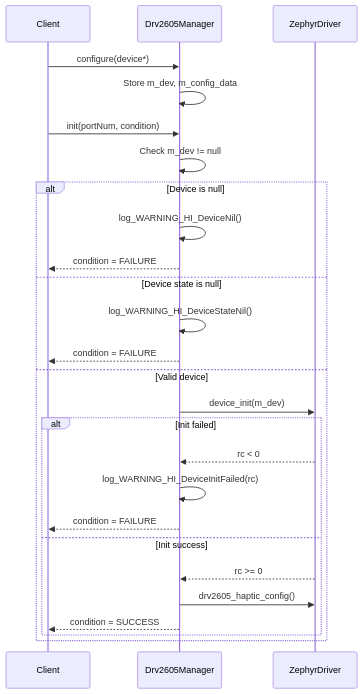
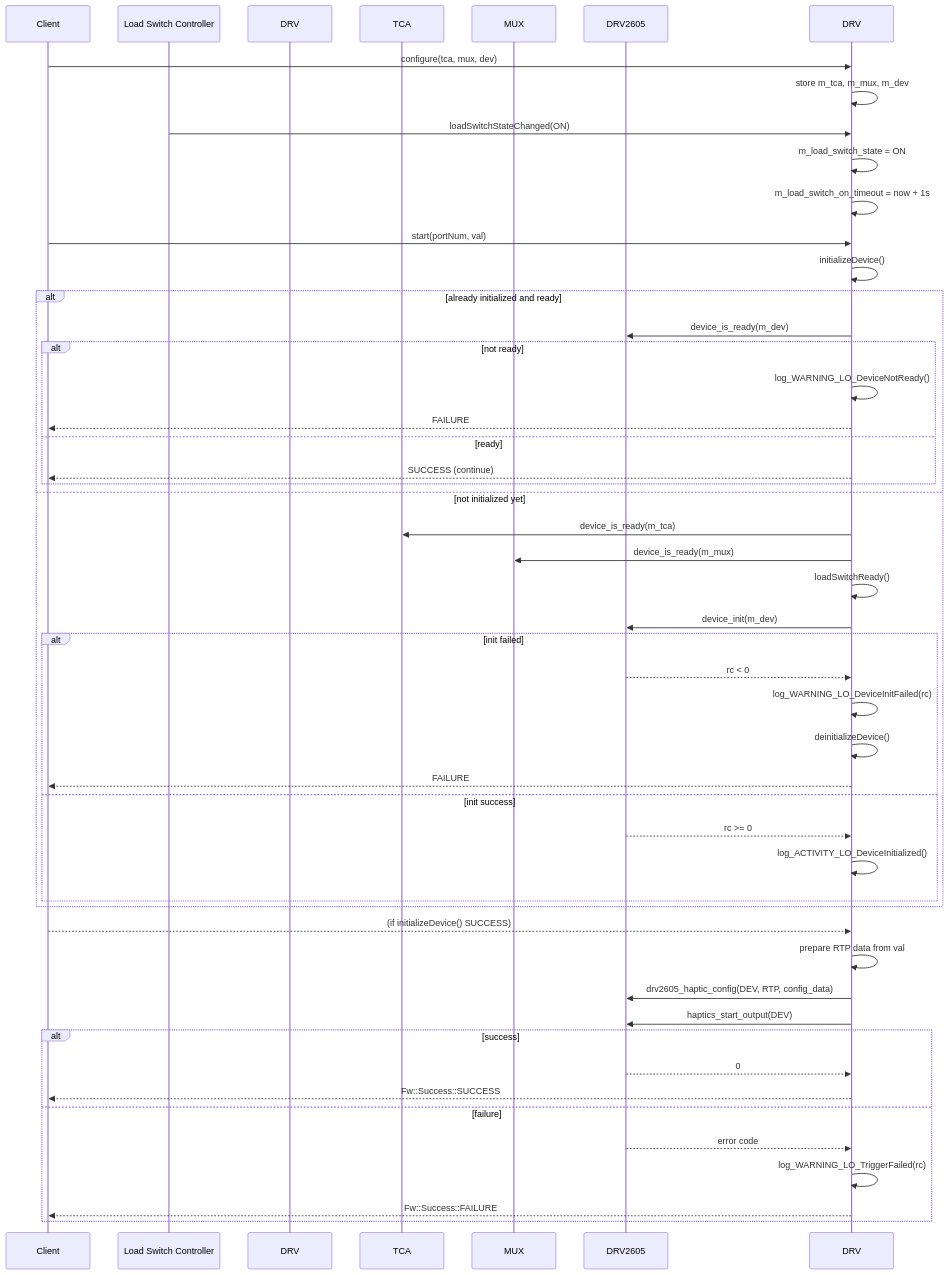
One commit to Open-Source-Space-Foundation/proves-core-reference changed the third of 4 diagrams in FprimeZephyrReference/Components/Drv/Drv2605Manager/docs/sdd.md. Above: the diagram before and after it, drawn with Mermaid. The commit also changed other lines of this file and 4 other files, not shown here.

````diff
--- a/FprimeZephyrReference/Components/Drv/Drv2605Manager/docs/sdd.md
+++ b/FprimeZephyrReference/Components/Drv/Drv2605Manager/docs/sdd.md
@@ -69,30 +101,55 @@
 ```mermaid
 sequenceDiagram
-    participant Client
-    participant Drv2605Manager
-    participant ZephyrDriver
+    participant App as Client
+    participant LS as Load Switch Controller
+    participant Drv2605Manager as DRV
+    participant TCA
+    participant MUX
+    participant Dev as DRV2605
 
-    Client->>Drv2605Manager: configure(device*)
-    Drv2605Manager->>Drv2605Manager: Store m_dev, m_config_data
+    App->>DRV: configure(tca, mux, dev)
+    DRV->>DRV: store m_tca, m_mux, m_dev
 
-    Client->>Drv2605Manager: init(portNum, condition)
-    Drv2605Manager->>Drv2605Manager: Check m_dev != null
-    alt Device is null
-        Drv2605Manager->>Drv2605Manager: log_WARNING_HI_DeviceNil()
-        Drv2605Manager-->>Client: condition = FAILURE
-    else Device state is null
-        Drv2605Manager->>Drv2605Manager: log_WARNING_HI_DeviceStateNil()
-        Drv2605Manager-->>Client: condition = FAILURE
-    else Valid device
-        Drv2605Manager->>ZephyrDriver: device_init(m_dev)
-        alt Init failed
-            ZephyrDriver-->>Drv2605Manager: rc < 0
-            Drv2605Manager->>Drv2605Manager: log_WARNING_HI_DeviceInitFailed(rc)
-            Drv2605Manager-->>Client: condition = FAILURE
-        else Init success
-            ZephyrDriver-->>Drv2605Manager: rc >= 0
-            Drv2605Manager->>ZephyrDriver: drv2605_haptic_config()
-            Drv2605Manager-->>Client: condition = SUCCESS
+    LS->>DRV: loadSwitchStateChanged(ON)
+    DRV->>DRV: m_load_switch_state = ON
+    DRV->>DRV: m_load_switch_on_timeout = now + 1s
+
+    App->>DRV: start(portNum, val)
+    DRV->>DRV: initializeDevice()
+    alt already initialized and ready
+        DRV->>Dev: device_is_ready(m_dev)
+        alt not ready
+            DRV->>DRV: log_WARNING_LO_DeviceNotReady()
+            DRV-->>App: FAILURE
+        else ready
+            DRV-->>App: SUCCESS (continue)
+        end
+    else not initialized yet
+        DRV->>TCA: device_is_ready(m_tca)
+        DRV->>MUX: device_is_ready(m_mux)
+        DRV->>DRV: loadSwitchReady()
+        DRV->>Dev: device_init(m_dev)
+        alt init failed
+            Dev-->>DRV: rc < 0
+            DRV->>DRV: log_WARNING_LO_DeviceInitFailed(rc)
+            DRV->>DRV: deinitializeDevice()
+            DRV-->>App: FAILURE
+        else init success
+            Dev-->>DRV: rc >= 0
+            DRV->>DRV: log_ACTIVITY_LO_DeviceInitialized()
         end
     end
+
+    App-->>DRV: (if initializeDevice() SUCCESS)
+    DRV->>DRV: prepare RTP data from val
+    DRV->>Dev: drv2605_haptic_config(DEV, RTP, config_data)
+    DRV->>Dev: haptics_start_output(DEV)
+    alt success
+        Dev-->>DRV: 0
+        DRV-->>App: Fw::Success::SUCCESS
+    else failure
+        Dev-->>DRV: error code
+        DRV->>DRV: log_WARNING_LO_TriggerFailed(rc)
+        DRV-->>App: Fw::Success::FAILURE
+    end
 ```
````
